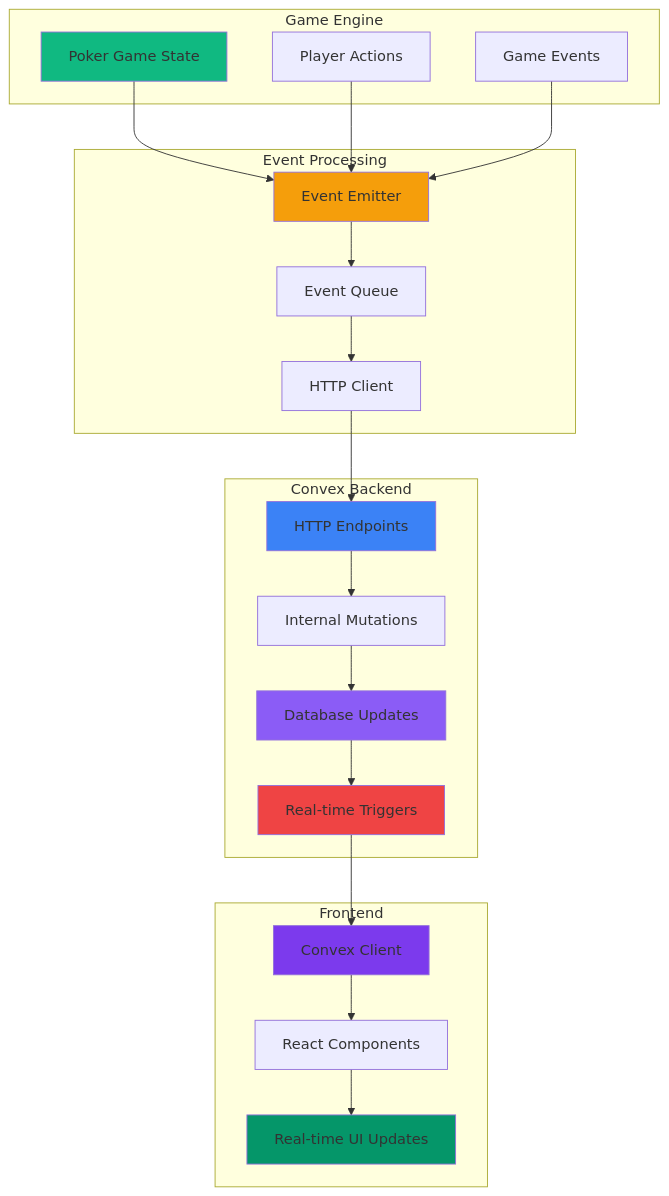
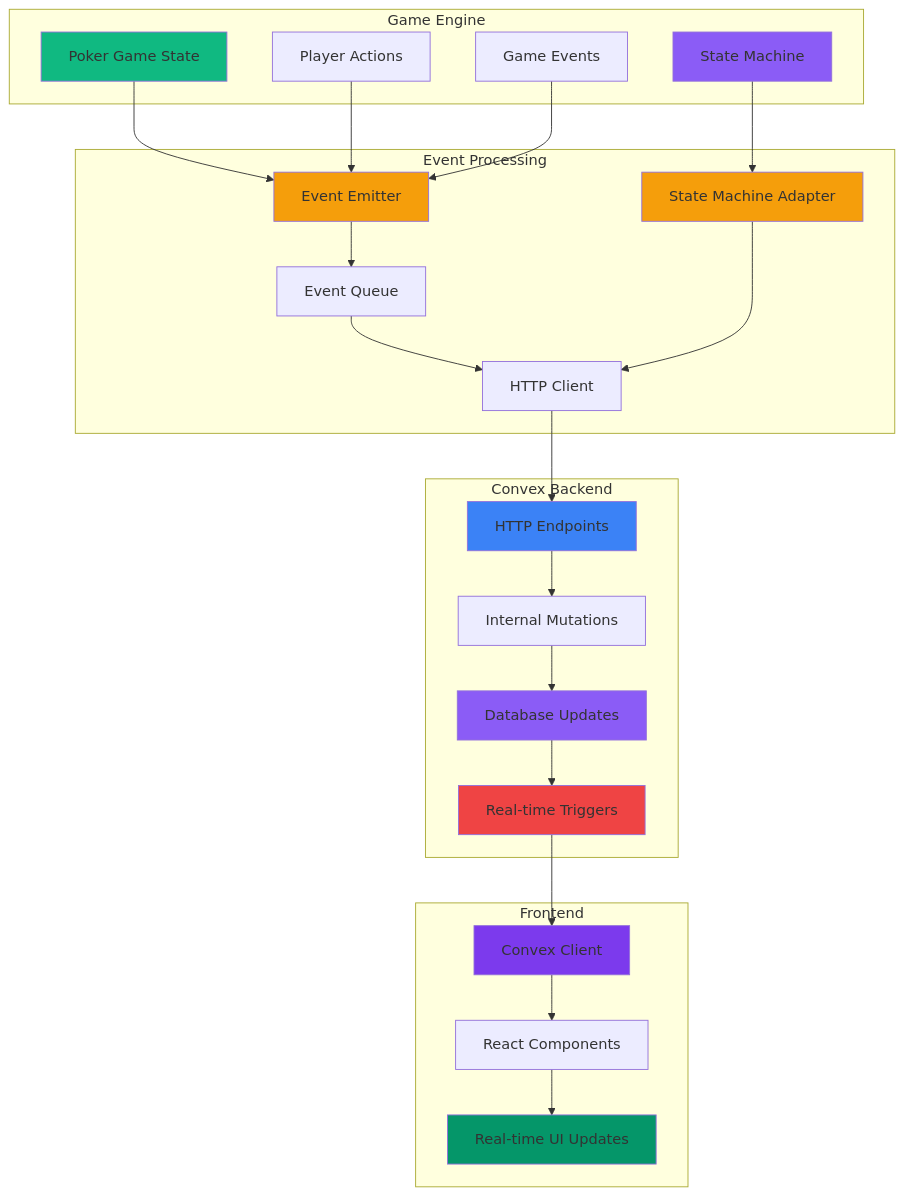
One commit to smallfatcat/montecarlo changed the first of 9 diagrams in docs/convex-real-time-flow.md. Above: the diagram before and after it, drawn with Mermaid. The commit also changed other lines of this file and 7 other files, not shown here.

````diff
--- a/docs/convex-real-time-flow.md
+++ b/docs/convex-real-time-flow.md
@@ -7,51 +7,57 @@
 ```mermaid
 graph TB
     subgraph "Game Engine"
         A[Poker Game State]
         B[Player Actions]
         C[Game Events]
+        SM[State Machine]
     end
     
     subgraph "Event Processing"
         D[Event Emitter]
         E[Event Queue]
         F[HTTP Client]
+        SA[State Machine Adapter]
     end
     
     subgraph "Convex Backend"
         G[HTTP Endpoints]
         H[Internal Mutations]
         I[Database Updates]
         J[Real-time Triggers]
     end
     
     subgraph "Frontend"
         K[Convex Client]
         L[React Components]
         M[Real-time UI Updates]
     end
     
     A --> D
     B --> D
     C --> D
+    SM --> SA
     
     D --> E
     E --> F
+    SA --> F
     F --> G
     
     G --> H
     H --> I
     I --> J
     
     J --> K
     K --> L
     L --> M
     
     style A fill:#10b981
     style D fill:#f59e0b
     style G fill:#3b82f6
     style I fill:#8b5cf6
     style J fill:#ef4444
     style K fill:#7c3aed
     style M fill:#059669
+    style SM fill:#8b5cf6
+    style SA fill:#f59e0b
 ```
````
